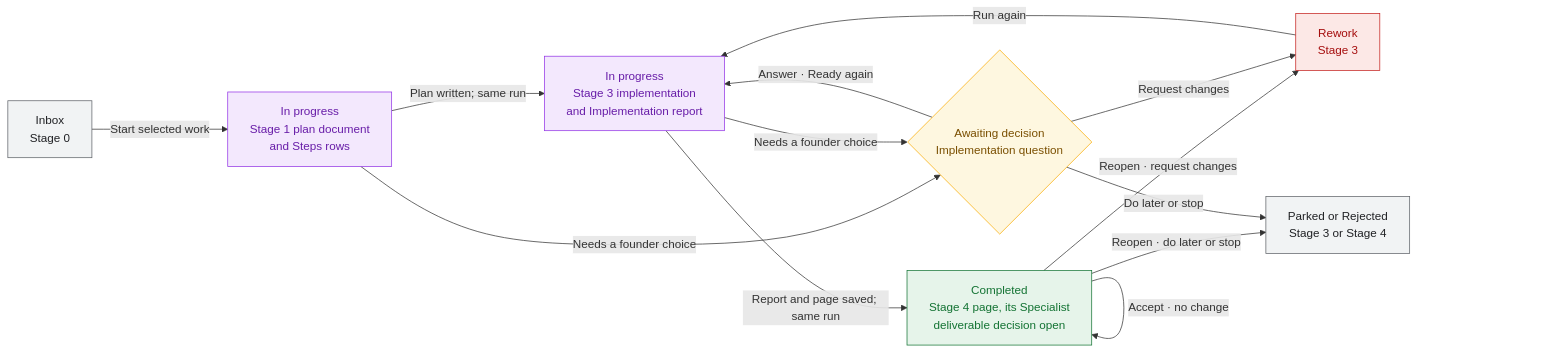
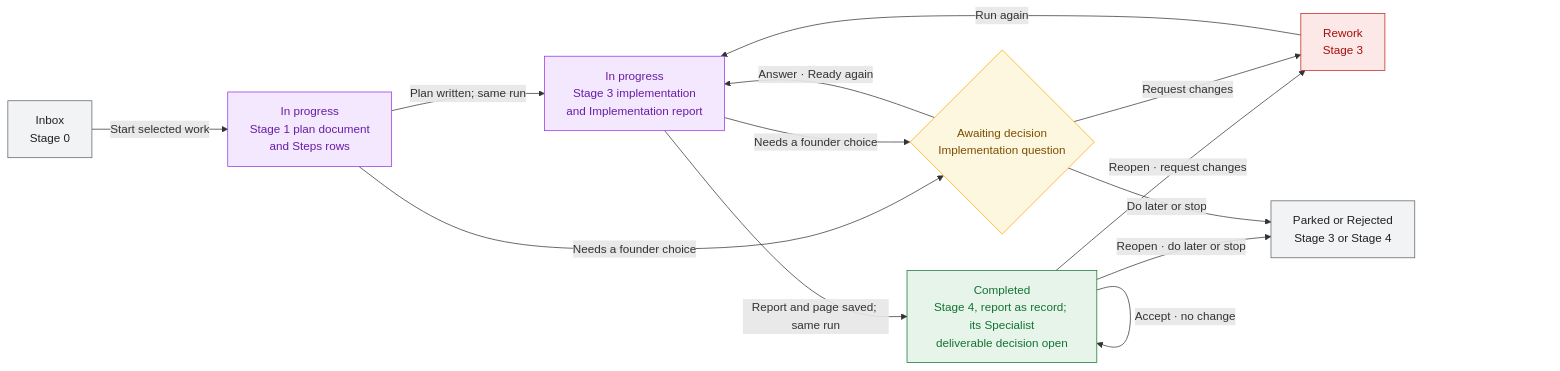
One commit to Welladino/Horology changed the second of 3 diagrams in docs/architecture/subscription-agents/workflow.md. Above: the diagram before and after it, drawn with Mermaid. The commit also changed other lines of this file and 16 other files, not shown here.

First line of the commit message:
Implementation route: Stage 4 page only on request (HOR-9, item 71 follow-up)

````diff
--- a/docs/architecture/subscription-agents/workflow.md
+++ b/docs/architecture/subscription-agents/workflow.md
@@ -66,35 +66,35 @@
 ```mermaid
 flowchart LR
   %% Implementation route: Feature, Enhancement, Refactor and Fix items. Exact moves:
   %% start-implementation, plan-implementation, complete-implementation, raise-implementation-question,
   %% resume-implementation, run-failed (Status stays; Agent status back to No action)
   inbox2["Inbox<br/>Stage 0"]
   planning["In progress<br/>Stage 1 plan document<br/>and Steps rows"]
   implementing["In progress<br/>Stage 3 implementation<br/>and Implementation report"]
   question{"Awaiting decision<br/>Implementation question"}
-  done["Completed<br/>Stage 4 page, its Specialist<br/>deliverable decision open"]
+  done["Completed<br/>Stage 4, report as record; its Specialist<br/>deliverable decision open"]
   rework2["Rework<br/>Stage 3"]
   stopped["Parked or Rejected<br/>Stage 3 or Stage 4"]
 
   inbox2 -->|Start selected work| planning -->|Plan written; same run| implementing
   implementing -->|Report and page saved; same run| done
   done -->|Accept · no change| done
   done -->|Reopen · request changes| rework2
   done -->|Reopen · do later or stop| stopped
   planning -->|Needs a founder choice| question
   implementing -->|Needs a founder choice| question
   question -->|Answer · Ready again| implementing
   question -->|Request changes| rework2 -->|Run again| implementing
   question -->|Do later or stop| stopped
 
   classDef waiting fill:#f1f3f4,stroke:#5f6368,color:#202124
   classDef running fill:#f3e8fd,stroke:#9334e6,color:#681da8
   classDef decision fill:#fef7e0,stroke:#f9ab00,color:#7a4f01
   classDef success fill:#e6f4ea,stroke:#137333,color:#137333
   classDef revise fill:#fce8e6,stroke:#c5221f,color:#a50e0e
   class inbox2,stopped waiting
   class planning,implementing running
   class question decision
   class done success
   class rework2 revise
 ```
````
